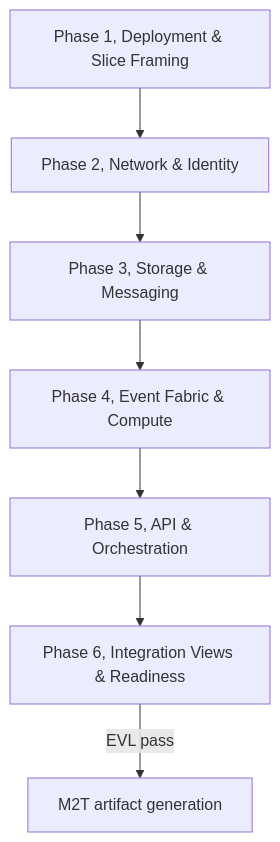
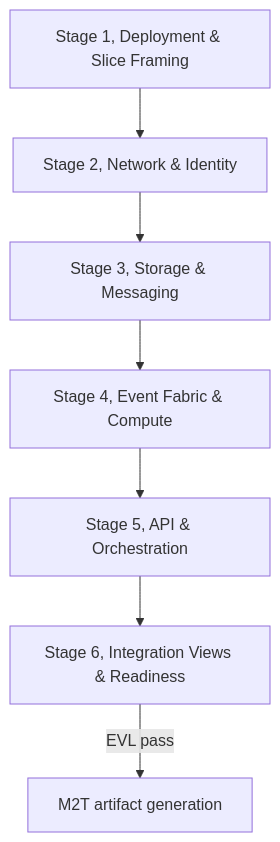
Before and after one commit to mehdieidi/modriss: the diagram in docs/public-docs/docs/guides/psm-modeling-methodology.md, drawn with Mermaid. The commit also changed other lines of this file and 64 other files, not shown here.

````diff
--- a/docs/public-docs/docs/guides/psm-modeling-methodology.md
+++ b/docs/public-docs/docs/guides/psm-modeling-methodology.md
@@ -33,12 +34,12 @@
 ```mermaid
 flowchart TD
-  PH1["Phase 1, Deployment & Slice Framing"]
-  PH2["Phase 2, Network & Identity"]
-  PH3["Phase 3, Storage & Messaging"]
-  PH4["Phase 4, Event Fabric & Compute"]
-  PH5["Phase 5, API & Orchestration"]
-  PH6["Phase 6, Integration Views & Readiness"]
+  PH1["Stage 1, Deployment & Slice Framing"]
+  PH2["Stage 2, Network & Identity"]
+  PH3["Stage 3, Storage & Messaging"]
+  PH4["Stage 4, Event Fabric & Compute"]
+  PH5["Stage 5, API & Orchestration"]
+  PH6["Stage 6, Integration Views & Readiness"]
 
   PH1 --> PH2 --> PH3 --> PH4 --> PH5 --> PH6
   PH6 -->|EVL pass| GATE["M2T artifact generation"]
 ```
````
